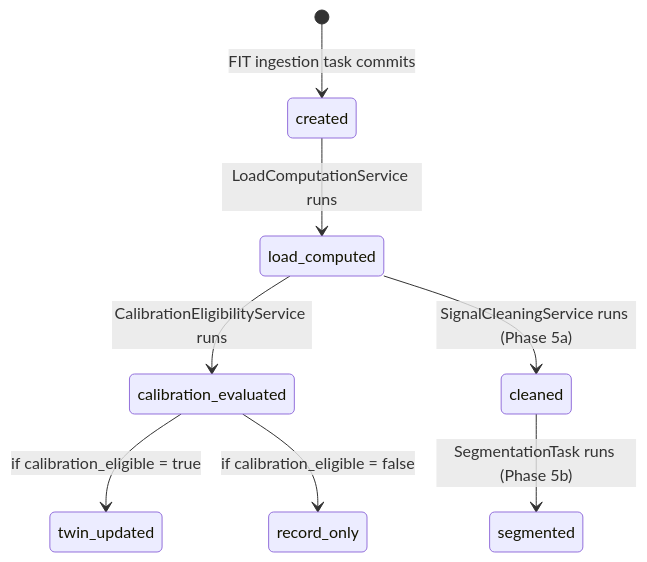
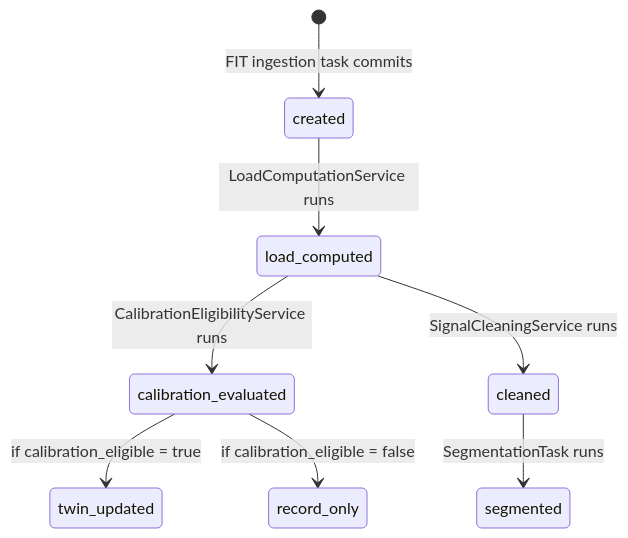
The diagram in docs/architecture/01-entities/activity.md (dromeas-developer/pheidipp-backend), drawn with Mermaid before and after one commit. The commit also changed other lines of this file and 339 other files, not shown here.

````diff
--- a/docs/architecture/01-entities/activity.md
+++ b/docs/architecture/01-entities/activity.md
@@ -64,10 +64,10 @@
 ```mermaid
 stateDiagram-v2
     [*] --> created : FIT ingestion task commits
     created --> load_computed : LoadComputationService runs
     load_computed --> calibration_evaluated : CalibrationEligibilityService runs
     calibration_evaluated --> twin_updated : if calibration_eligible = true
     calibration_evaluated --> record_only : if calibration_eligible = false
-    load_computed --> cleaned : SignalCleaningService runs (Phase 5a)
-    cleaned --> segmented : SegmentationTask runs (Phase 5b)
+    load_computed --> cleaned : SignalCleaningService runs
+    cleaned --> segmented : SegmentationTask runs
 ```
````
